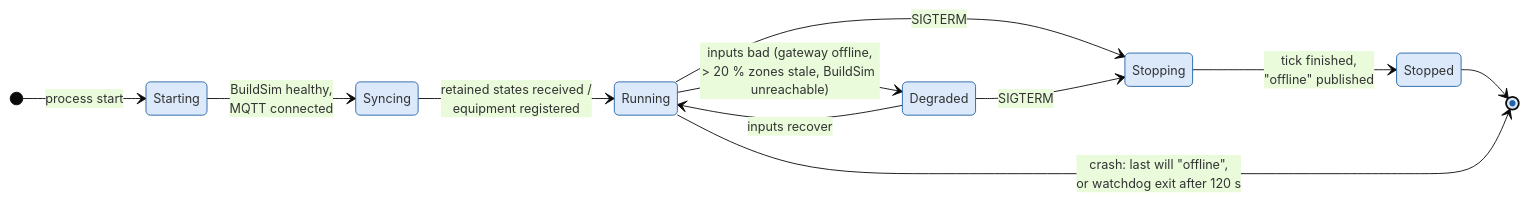
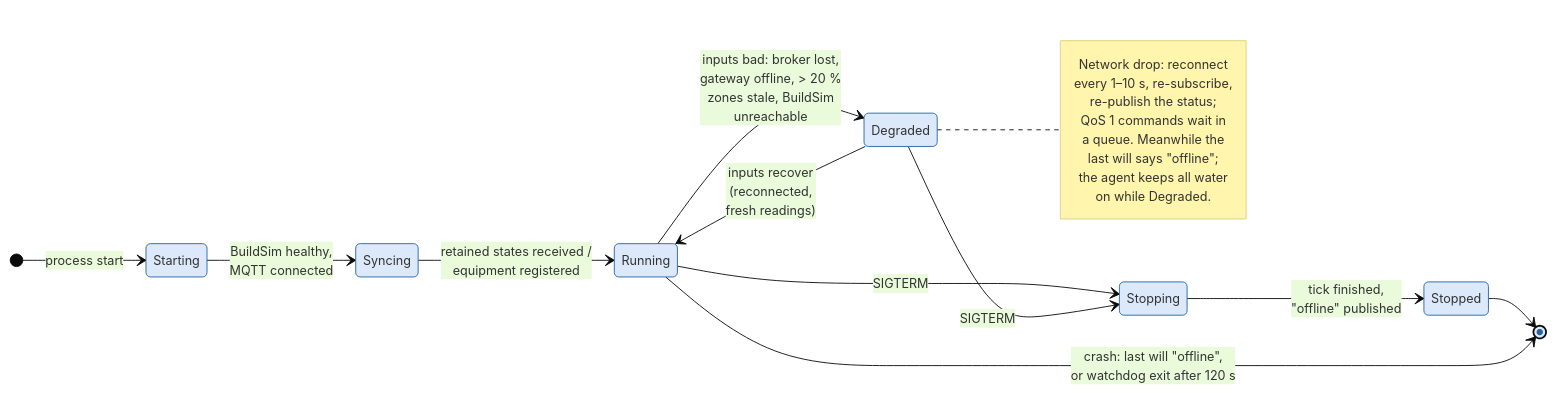
Before and after one commit to Thekingofswords/d7065e-fire-response: the diagram in docs/report/draft/diagrams/lifecycle.mmd, drawn with Mermaid. The commit also changed 10 other files, not shown here.

```diff
--- a/docs/report/draft/diagrams/lifecycle.mmd
+++ b/docs/report/draft/diagrams/lifecycle.mmd
@@ -1,13 +1,16 @@
 %%{init: {"theme":"base","themeVariables":{"primaryColor":"#dbe9fb","primaryBorderColor":"#2563a8","fontFamily":"Helvetica","fontSize":"14px"}}}%%
 stateDiagram-v2
     direction LR
     [*] --> Starting: process start
     Starting --> Syncing: BuildSim healthy,<br/>MQTT connected
     Syncing --> Running: retained states received /<br/>equipment registered
-    Running --> Degraded: inputs bad (gateway offline,<br/>> 20 % zones stale, BuildSim unreachable)
-    Degraded --> Running: inputs recover
+    Running --> Degraded: inputs bad: broker lost,<br/>gateway offline, > 20 %<br/>zones stale, BuildSim<br/>unreachable
+    Degraded --> Running: inputs recover<br/>(reconnected,<br/>fresh readings)
     Running --> Stopping: SIGTERM
     Degraded --> Stopping: SIGTERM
     Stopping --> Stopped: tick finished,<br/>"offline" published
     Stopped --> [*]
     Running --> [*]: crash: last will "offline",<br/>or watchdog exit after 120 s
+    note right of Degraded
+        Network drop: reconnect<br/>every 1–10 s, re-subscribe,<br/>re-publish the status;<br/>QoS 1 commands wait in<br/>a queue. Meanwhile the<br/>last will says "offline";<br/>the agent keeps all water<br/>on while Degraded.
+    end note
```
